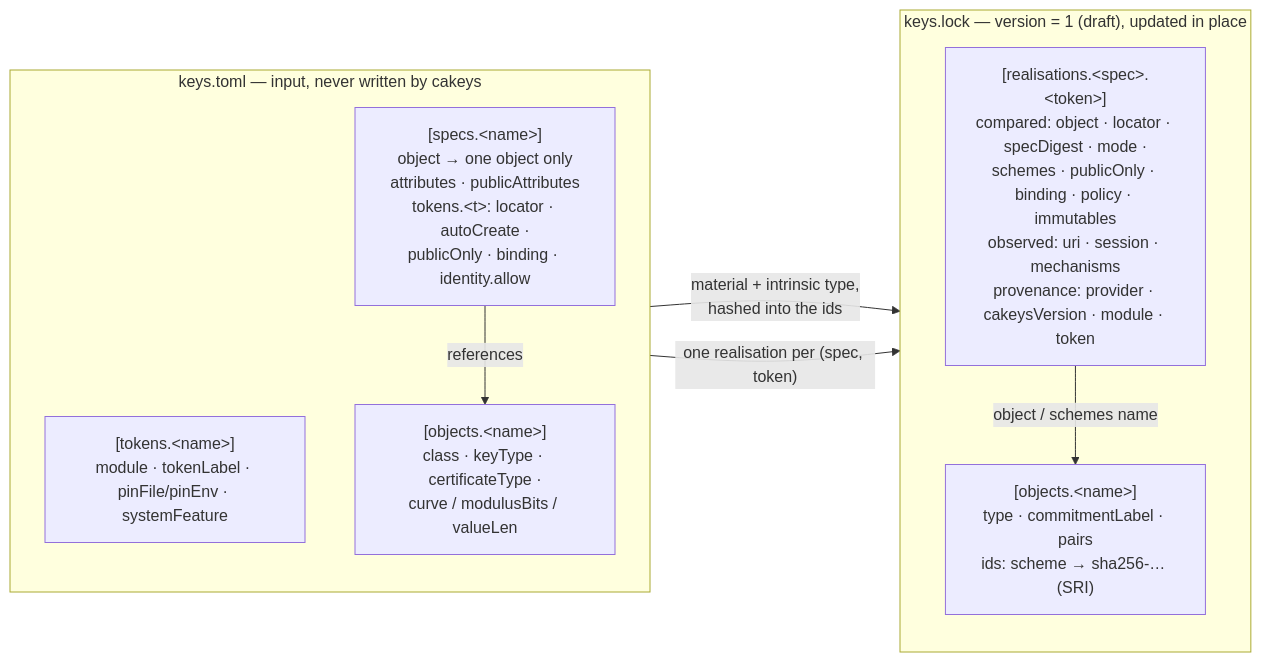
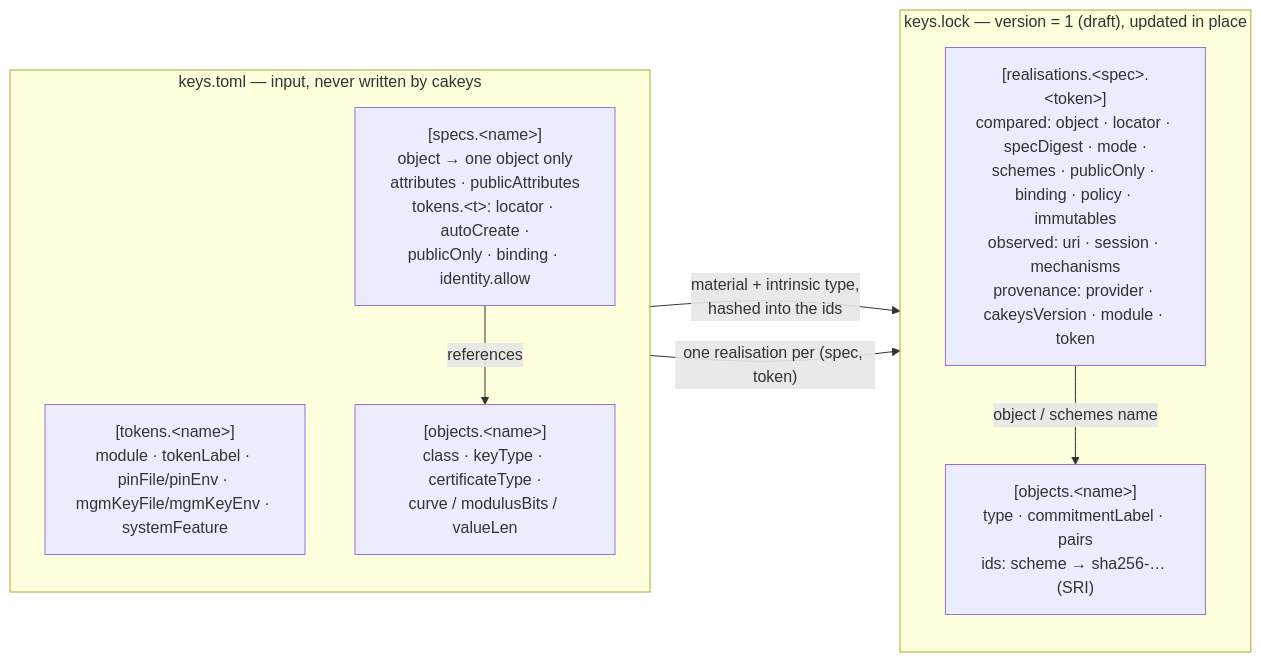
One commit to Princemachiavelli/cakeys changed the first of 5 diagrams in docs/diagrams.md. Above: the diagram before and after it, drawn with Mermaid. The commit also changed 8 other files, not shown here.

````diff
--- a/docs/diagrams.md
+++ b/docs/diagrams.md
@@ -12,20 +12,20 @@
 ```mermaid
 flowchart LR
     subgraph TOML["keys.toml — input, never written by cakeys"]
         direction TB
-        T["[tokens.&lt;name&gt;]<br/>module · tokenLabel · pinFile/pinEnv · systemFeature"]
+        T["[tokens.&lt;name&gt;]<br/>module · tokenLabel · pinFile/pinEnv · mgmKeyFile/mgmKeyEnv · systemFeature"]
         O["[objects.&lt;name&gt;]<br/>class · keyType · certificateType ·<br/>curve / modulusBits / valueLen"]
         S["[specs.&lt;name&gt;]<br/>object → one object only<br/>attributes · publicAttributes<br/>tokens.&lt;t&gt;: locator · autoCreate ·<br/>publicOnly · binding · identity.allow"]
         S -- references --> O
     end
 
     subgraph LOCK["keys.lock — version = 1 (draft), updated in place"]
         direction TB
         LO["[objects.&lt;name&gt;]<br/>type · commitmentLabel · pairs<br/>ids: scheme → sha256-… (SRI)"]
         LR["[realisations.&lt;spec&gt;.&lt;token&gt;]<br/>compared: object · locator · specDigest · mode ·<br/>schemes · publicOnly · binding · policy · immutables<br/>observed: uri · session · mechanisms<br/>provenance: provider · cakeysVersion · module · token"]
         LR -- "object / schemes name" --> LO
     end
 
     O -- "material + intrinsic type,<br/>hashed into the ids" --> LO
     S -- "one realisation per (spec, token)" --> LR
 ```
````
